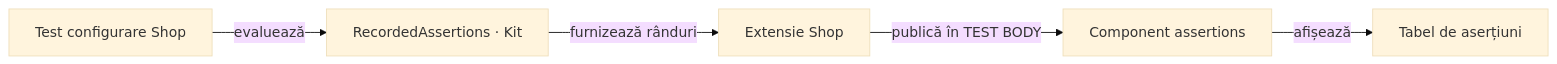
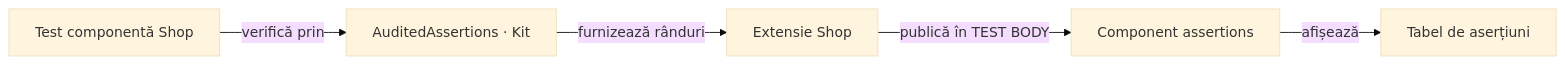
Before and after one commit to crististefanita/atf_j0: the third of 3 diagrams in atf-test-practice-shop/README.md, drawn with Mermaid (base theme). The commit also changed other lines of this file and 78 other files, not shown here.

````diff
--- a/atf-test-practice-shop/README.md
+++ b/atf-test-practice-shop/README.md
@@ -613,7 +613,7 @@
 ```mermaid
 flowchart LR
-    Test[Test configurare Shop] -->|evaluează| Check[RecordedAssertions · Kit]
+    Test[Test componentă Shop] -->|verifică prin| Check[AuditedAssertions · Kit]
     Check -->|furnizează rânduri| Adapter[Extensie Shop]
     Adapter -->|publică în TEST BODY| Step[Component assertions]
     Step -->|afișează| Table[Tabel de aserțiuni]
 ```
````
